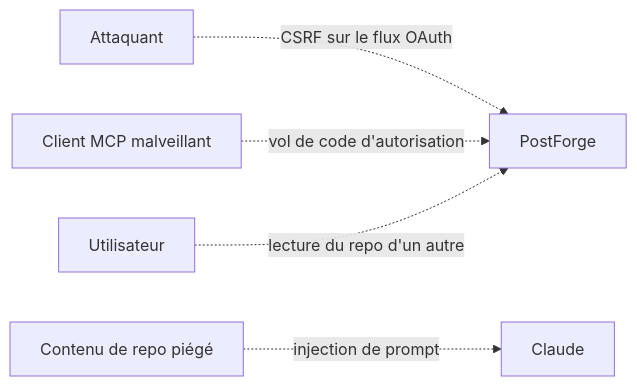
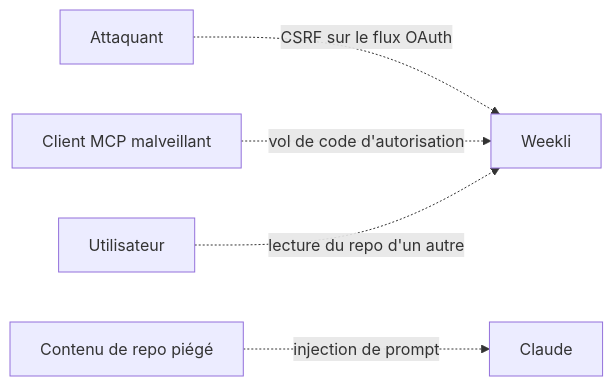
Before and after one commit to Souf-F/weekli: the diagram in docs/securite.md, drawn with Mermaid. The commit also changed other lines of this file and 11 other files, not shown here.

````diff
--- a/docs/securite.md
+++ b/docs/securite.md
@@ -12,7 +12,7 @@
 ```mermaid
 flowchart LR
-    A1[Attaquant] -. CSRF sur le flux OAuth .-> P[PostForge]
+    A1[Attaquant] -. CSRF sur le flux OAuth .-> P[Weekli]
     A2[Client MCP malveillant] -. vol de code d'autorisation .-> P
     A3[Contenu de repo piégé] -. injection de prompt .-> C[Claude]
     A4[Utilisateur] -. lecture du repo d'un autre .-> P
 ```
````
